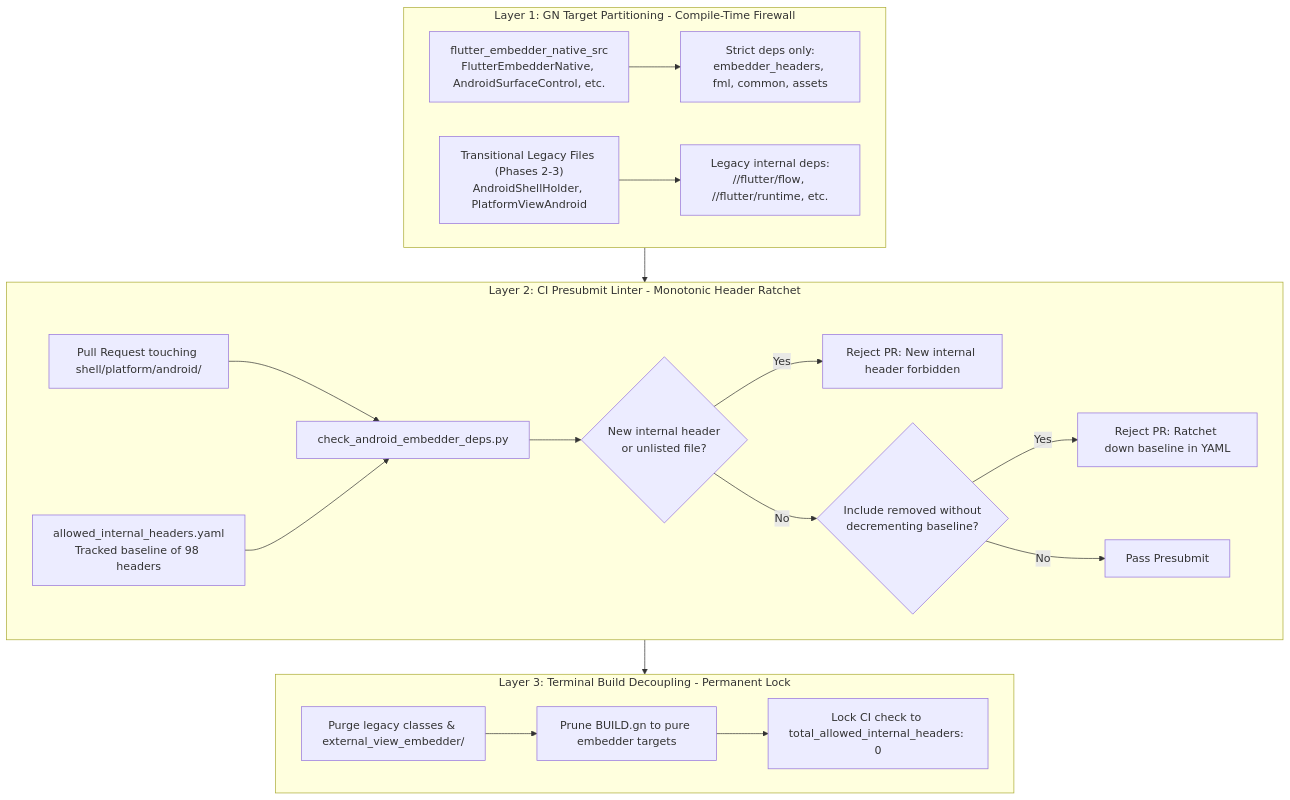
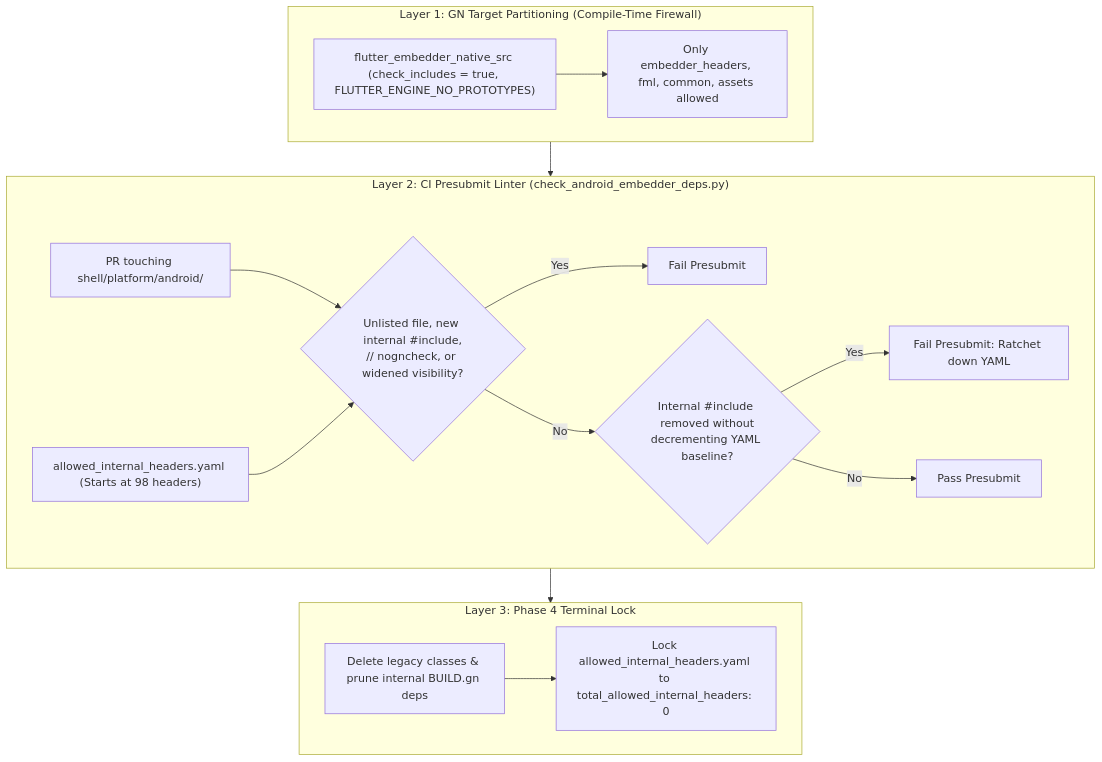
One commit to flutter/rfc changed diagram 16 of 16 in rfc/410.0000-flutter-android-embedder-c-api-migration.md. Above: the diagram before and after it, drawn with Mermaid. The commit also changed other lines of this file, not shown here.

Commit message:
Hatch any unnecessary context and simplify with sequence diagram

````diff
--- a/rfc/410.0000-flutter-android-embedder-c-api-migration.md
+++ b/rfc/410.0000-flutter-android-embedder-c-api-migration.md
@@ -2103,41 +1318,33 @@
 ```mermaid
 flowchart TD
-    subgraph Layer1["Layer 1: GN Target Partitioning - Compile-Time Firewall"]
-        NewCAPI["flutter_embedder_native_src<br/>FlutterEmbedderNative, AndroidSurfaceControl, etc."]
-        StrictDeps["Strict deps only:<br/>embedder_headers, fml, common, assets"]
-        LegacyTarget["Transitional Legacy Files (Phases 2-3)<br/>AndroidShellHolder, PlatformViewAndroid"]
-        LegacyDeps["Legacy internal deps:<br/>//flutter/flow, //flutter/runtime, etc."]
-
+    subgraph Layer1["Layer 1: GN Target Partitioning (Compile-Time Firewall)"]
+        NewCAPI["flutter_embedder_native_src (check_includes = true, FLUTTER_ENGINE_NO_PROTOTYPES)"]
+        StrictDeps["Only embedder_headers, fml, common, assets allowed"]
         NewCAPI --> StrictDeps
-        LegacyTarget --> LegacyDeps
     end
 
-    subgraph Layer2["Layer 2: CI Presubmit Linter - Monotonic Header Ratchet"]
-        PR["Pull Request touching shell/platform/android/"]
-        Script["check_android_embedder_deps.py"]
-        YAML["allowed_internal_headers.yaml<br/>Tracked baseline of 98 headers"]
-        Check1{"New internal header<br/>or unlisted file?"}
-        Check2{"Include removed without<br/>decrementing baseline?"}
-        Reject1["Reject PR: New internal header forbidden"]
-        Reject2["Reject PR: Ratchet down baseline in YAML"]
+    subgraph Layer2["Layer 2: CI Presubmit Linter (check_android_embedder_deps.py)"]
+        PR["PR touching shell/platform/android/"]
+        YAML["allowed_internal_headers.yaml (Starts at 98 headers)"]
+        Check1{"Unlisted file, new internal #include,<br/>// nogncheck, or widened visibility?"}
+        Check2{"Internal #include removed without<br/>decrementing YAML baseline?"}
+        Reject1["Fail Presubmit"]
+        Reject2["Fail Presubmit: Ratchet down YAML"]
         Accept["Pass Presubmit"]
 
-        PR --> Script
-        YAML --> Script
-        Script --> Check1
+        PR --> Check1
+        YAML --> Check1
         Check1 -- Yes --> Reject1
         Check1 -- No --> Check2
         Check2 -- Yes --> Reject2
         Check2 -- No --> Accept
     end
 
-    subgraph Layer3["Layer 3: Terminal Build Decoupling - Permanent Lock"]
-        DeleteLegacy["Purge legacy classes & external_view_embedder/"]
-        PruneDeps["Prune BUILD.gn to pure embedder targets"]
-        ZeroTolerance["Lock CI check to total_allowed_internal_headers: 0"]
-
-        DeleteLegacy --> PruneDeps --> ZeroTolerance
+    subgraph Layer3["Layer 3: Phase 4 Terminal Lock"]
+        Purge["Delete legacy classes & prune internal BUILD.gn deps"]
+        Zero["Lock allowed_internal_headers.yaml to total_allowed_internal_headers: 0"]
+        Purge --> Zero
     end
 
     Layer1 --> Layer2 --> Layer3
 ```
````
